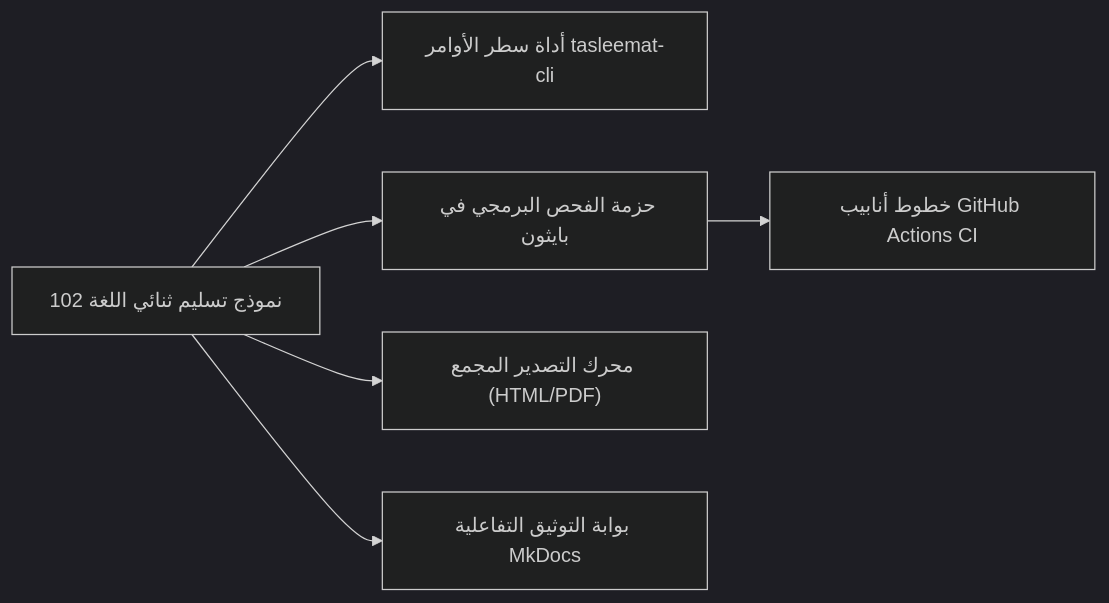
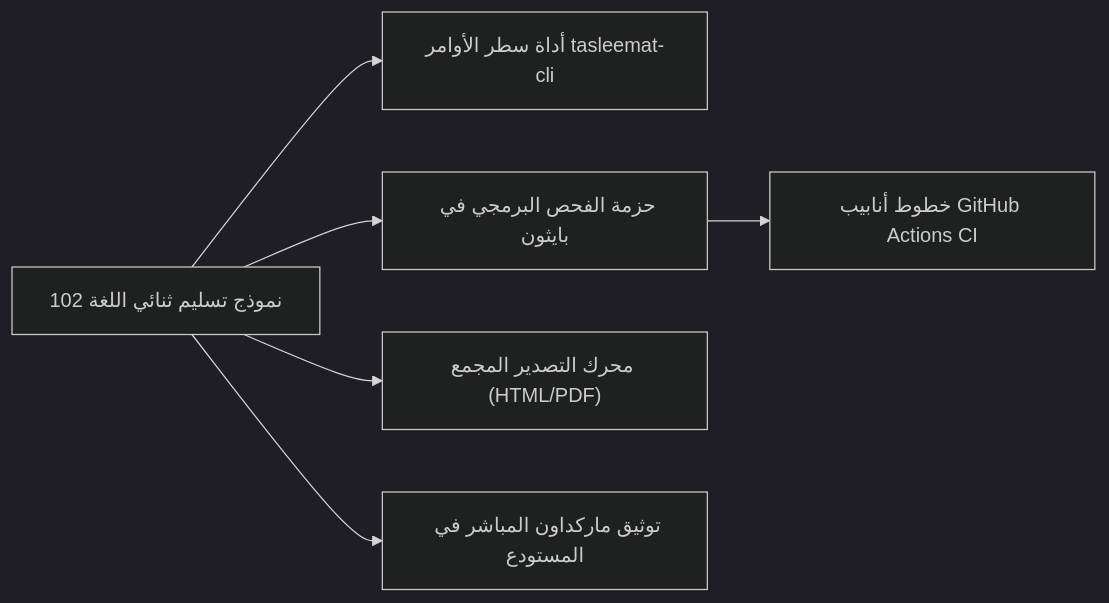
Before and after one commit to fakhruldeen/Tasleemat: the diagram in docs/ar/11_tools_and_automation.md, drawn with Mermaid (dark theme). The commit also changed other lines of this file and 57 other files, not shown here.

````diff
--- a/docs/ar/11_tools_and_automation.md
+++ b/docs/ar/11_tools_and_automation.md
@@ -34,8 +34,8 @@
 ```mermaid
 flowchart LR
     A["102 نموذج تسليم ثنائي اللغة"] --> B["أداة سطر الأوامر tasleemat-cli"]
     A --> C["حزمة الفحص البرمجي في بايثون"]
     C --> D["خطوط أنابيب GitHub Actions CI"]
     A --> E["محرك التصدير المجمع (HTML/PDF)"]
-    A --> F["بوابة التوثيق التفاعلية MkDocs"]
+    A --> F["توثيق ماركداون المباشر في المستودع"]
 ```
````
